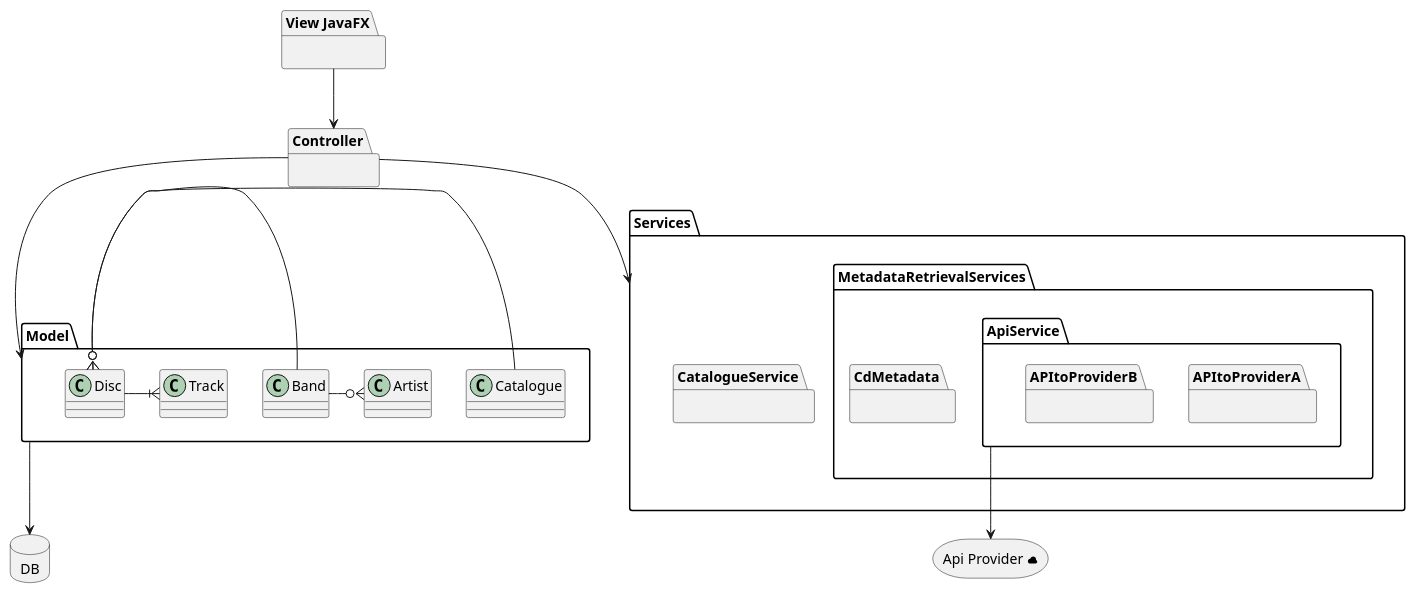
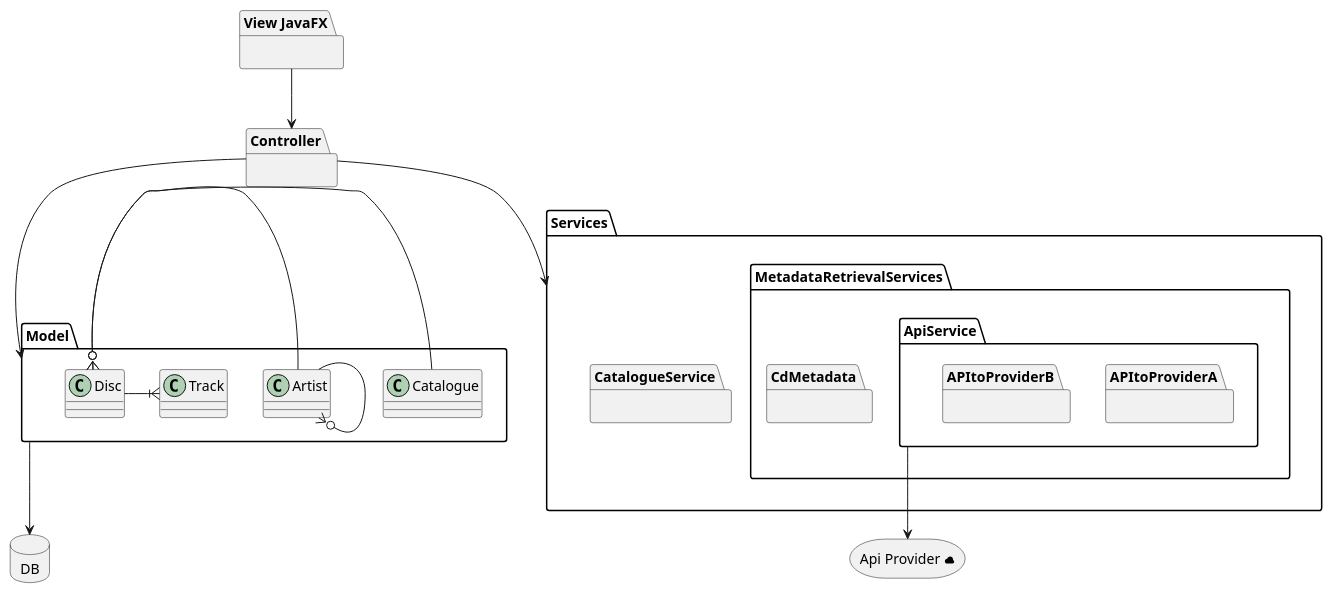
One commit to AxoKoi/BandurriaJ changed the diagram in doc/design/Entities/Entities.puml. Above: the diagram before and after it, drawn with PlantUML. The commit also changed 2 other files, not shown here.

Commit message:
doc Adapt the documentation with the new artist entity.

```diff
--- a/doc/design/Entities/Entities.puml
+++ b/doc/design/Entities/Entities.puml
@@ -1,61 +1,60 @@
 @startuml
 allowmixing
 
 package "View JavaFX" as Front {
 
 }
 
 package "Model" as Model{
 'Entities definition
  class Disc
  class Catalogue
  class Artist
- class Band
  class Track
 
 'Relationships
   Disc }o- Catalogue
-  Disc }o- Band
-  Band -o{ Artist
+  Disc }o- Artist
+  Artist -o{ Artist
   Disc -|{ Track
 }
 
 package Controller as Controller {
 
 }
 
 package "Services" as Services {
 
   package CatalogueService as CatalogueS{
 
   }
 
   package MetadataRetrievalServices as MetaS {
 
     package ApiService as ApiS{
 
       package APItoProviderA{
       }
       package APItoProviderB{
       }
     }
     package CdMetadata as CDMetaS{
     }
   }
 
 }
 
 database DB [
   DB
 ]
 
 storage "Api Provider <&cloud>" as apiProvider
 
 'Dependencies
 Front --> Controller
 Controller --> Model
 Controller --> Services
 ApiS --> apiProvider
 Model --> DB
 
 @enduml
```
